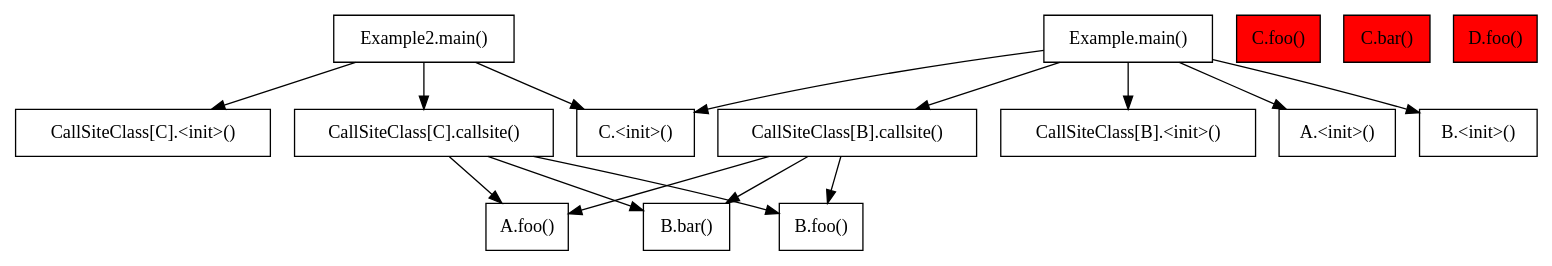
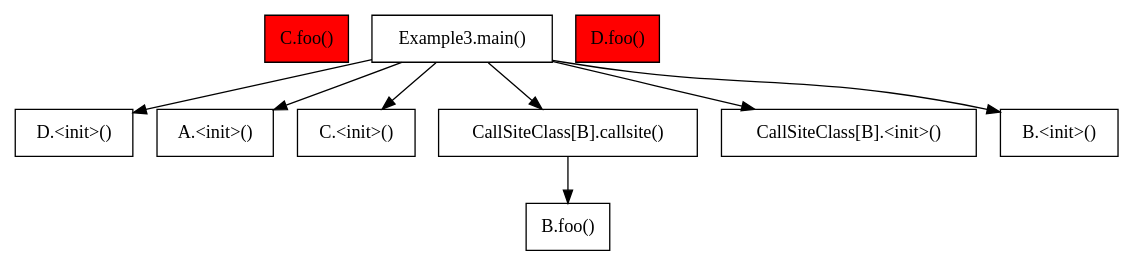
Before and after one commit to enricumming/ScalaCallGraphAnalysis: the diagram in callgraphproject/src/main/scala/graphs/TCABounds/TCABoundsExample.dot, drawn with Graphviz. The commit also changed 20 other files, not shown here.

Commit message:
Change in CHA logic to now include methods from the Routes files (Play framework) as entry points of the graph

```diff
--- a/callgraphproject/src/main/scala/graphs/TCABounds/TCABoundsExample.dot
+++ b/callgraphproject/src/main/scala/graphs/TCABounds/TCABoundsExample.dot
@@ -1,32 +1,20 @@
 digraph CallGraph {
   node [shape=box];
-  "Example2.main()" [style=filled, fillcolor=white];
   "C.foo()" [style=filled, fillcolor=red];
-  "A.foo()" [style=filled, fillcolor=white];
-  "B.bar()" [style=filled, fillcolor=white];
+  "D.<init>()" [style=filled, fillcolor=white];
+  "D.foo()" [style=filled, fillcolor=red];
+  "Example3.main()" [style=filled, fillcolor=white];
+  "A.<init>()" [style=filled, fillcolor=white];
+  "B.foo()" [style=filled, fillcolor=white];
   "C.<init>()" [style=filled, fillcolor=white];
   "CallSiteClass[B].callsite()" [style=filled, fillcolor=white];
   "CallSiteClass[B].<init>()" [style=filled, fillcolor=white];
-  "C.bar()" [style=filled, fillcolor=red];
-  "D.foo()" [style=filled, fillcolor=red];
-  "A.<init>()" [style=filled, fillcolor=white];
-  "CallSiteClass[C].<init>()" [style=filled, fillcolor=white];
-  "B.foo()" [style=filled, fillcolor=white];
-  "Example.main()" [style=filled, fillcolor=white];
-  "CallSiteClass[C].callsite()" [style=filled, fillcolor=white];
   "B.<init>()" [style=filled, fillcolor=white];
-  "Example.main()" -> "CallSiteClass[B].<init>()";
-  "CallSiteClass[C].callsite()" -> "B.bar()";
-  "CallSiteClass[C].callsite()" -> "A.foo()";
-  "CallSiteClass[C].callsite()" -> "B.foo()";
-  "Example2.main()" -> "C.<init>()";
-  "Example.main()" -> "A.<init>()";
-  "Example2.main()" -> "CallSiteClass[C].callsite()";
-  "CallSiteClass[B].callsite()" -> "B.bar()";
-  "Example.main()" -> "B.<init>()";
-  "Example.main()" -> "C.<init>()";
-  "Example2.main()" -> "CallSiteClass[C].<init>()";
+  "Example3.main()" -> "C.<init>()";
+  "Example3.main()" -> "CallSiteClass[B].<init>()";
+  "Example3.main()" -> "A.<init>()";
   "CallSiteClass[B].callsite()" -> "B.foo()";
-  "Example.main()" -> "CallSiteClass[B].callsite()";
-  "CallSiteClass[B].callsite()" -> "A.foo()";
+  "Example3.main()" -> "D.<init>()";
+  "Example3.main()" -> "B.<init>()";
+  "Example3.main()" -> "CallSiteClass[B].callsite()";
 }
```
